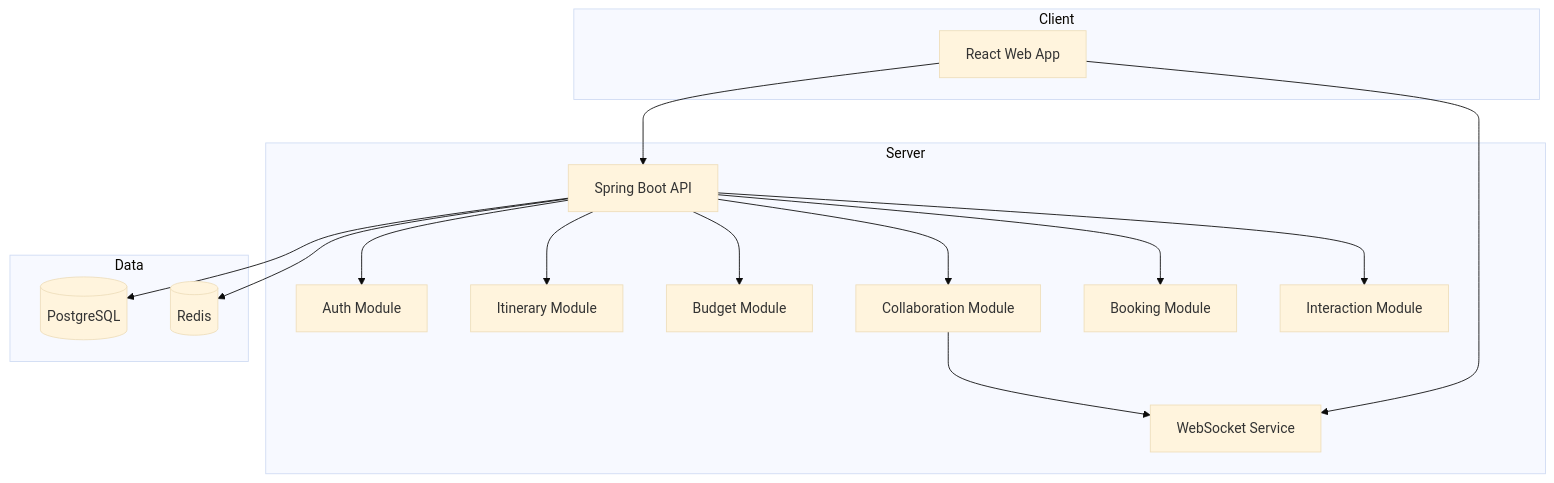
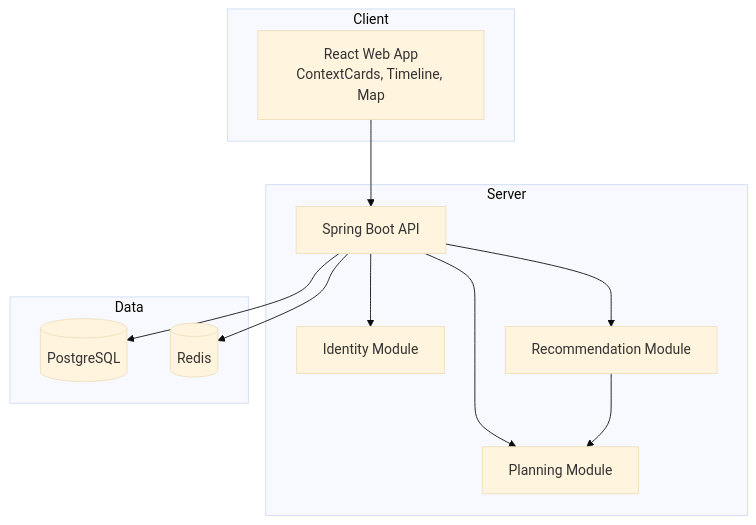
Before and after one commit to gnuttt212/travel-planner: the second of 3 diagrams in docs/c4-model.md, drawn with Mermaid (base theme). The commit also changed other lines of this file and 2 other files, not shown here.

Commit message:
docs: update architecture documents for Phase 1 MVP

````diff
--- a/docs/c4-model.md
+++ b/docs/c4-model.md
@@ -21,34 +23,28 @@
 ```mermaid
 flowchart TB
     subgraph Client
-        Web[React Web App]
+        Web[React Web App\nContextCards, Timeline, Map]
     end
 
     subgraph Server
         API[Spring Boot API]
-        WS[WebSocket Service]
-        Auth[Auth Module]
-        Itinerary[Itinerary Module]
-        Budget[Budget Module]
-        Collaboration[Collaboration Module]
-        Booking[Booking Module]
-        Interaction[Interaction Module]
+        Identity[Identity Module]
+        Planning[Planning Module]
+        Recommendation[Recommendation Module]
     end
 
     subgraph Data
         PG[(PostgreSQL)]
         RD[(Redis)]
     end
 
     Web --> API
-    Web --> WS
-    API --> Auth
-    API --> Itinerary
-    API --> Budget
-    API --> Collaboration
-    API --> Booking
-    API --> Interaction
-    Collaboration --> WS
+    API --> Identity
+    API --> Planning
+    API --> Recommendation
+    
+    Recommendation --> Planning
+    
     API --> PG
     API --> RD
 ```
````
